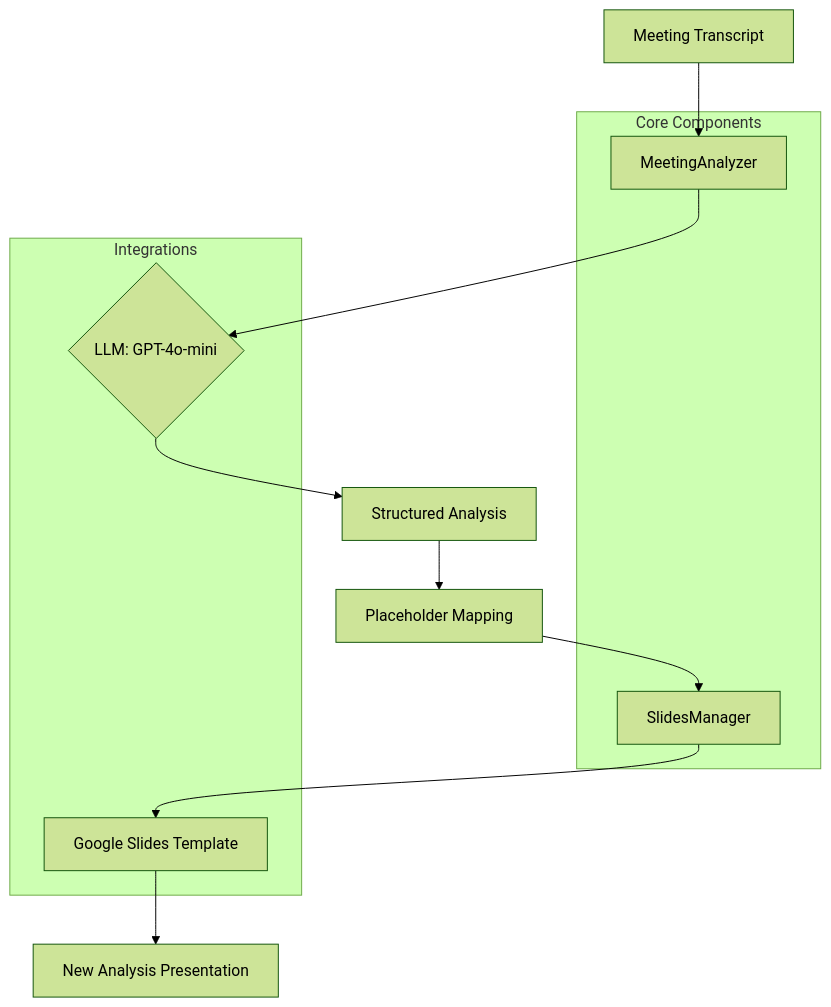
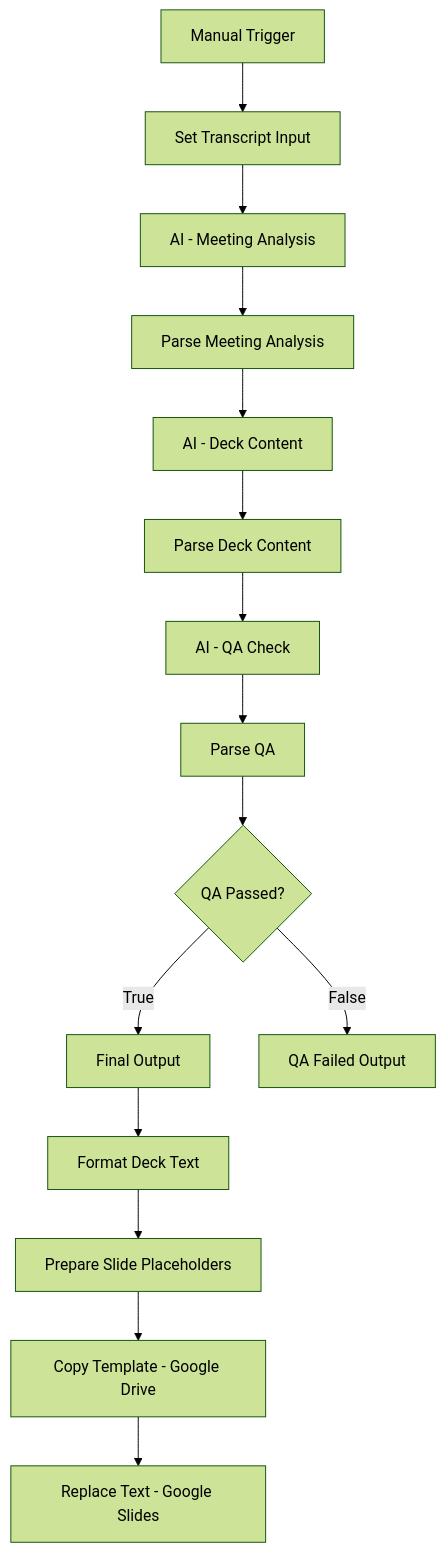
One commit to 26-jorge-01/ai-meeting-agent changed the diagram in docs/architecture.md. Above: the diagram before and after it, drawn with Mermaid (forest theme). The commit also changed other lines of this file and 9 other files, not shown here.

````diff
--- a/docs/architecture.md
+++ b/docs/architecture.md
@@ -3,20 +9,17 @@
 ```mermaid
 graph TD
-    A[Meeting Transcript] --> B[MeetingAnalyzer]
-    B --> C{LLM: GPT-4o-mini}
-    C --> D[Structured Analysis]
-    D --> E[Placeholder Mapping]
-    E --> F[SlidesManager]
-    F --> G[Google Slides Template]
-    G --> H[New Analysis Presentation]
-    
-    subgraph "Core Components"
-    B
-    F
-    end
-    
-    subgraph "Integrations"
-    C
-    G
-    end
+    A[Manual Trigger] --> B[Set Transcript Input]
+    B --> C[AI - Meeting Analysis]
+    C --> D[Parse Meeting Analysis]
+    D --> E[AI - Deck Content]
+    E --> F[Parse Deck Content]
+    F --> G[AI - QA Check]
+    G --> H[Parse QA]
+    H --> I{QA Passed?}
+    I -- True --> J[Final Output]
+    J --> K[Format Deck Text]
+    K --> L[Prepare Slide Placeholders]
+    L --> M[Copy Template - Google Drive]
+    M --> N[Replace Text - Google Slides]
+    I -- False --> O[QA Failed Output]
 ```
````
